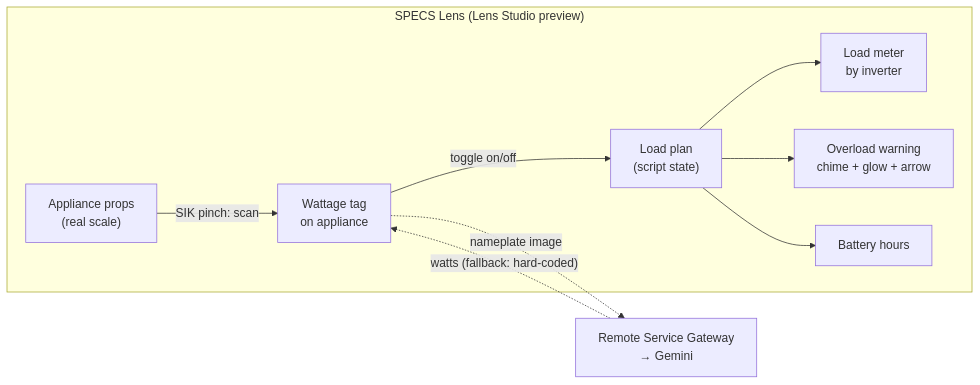
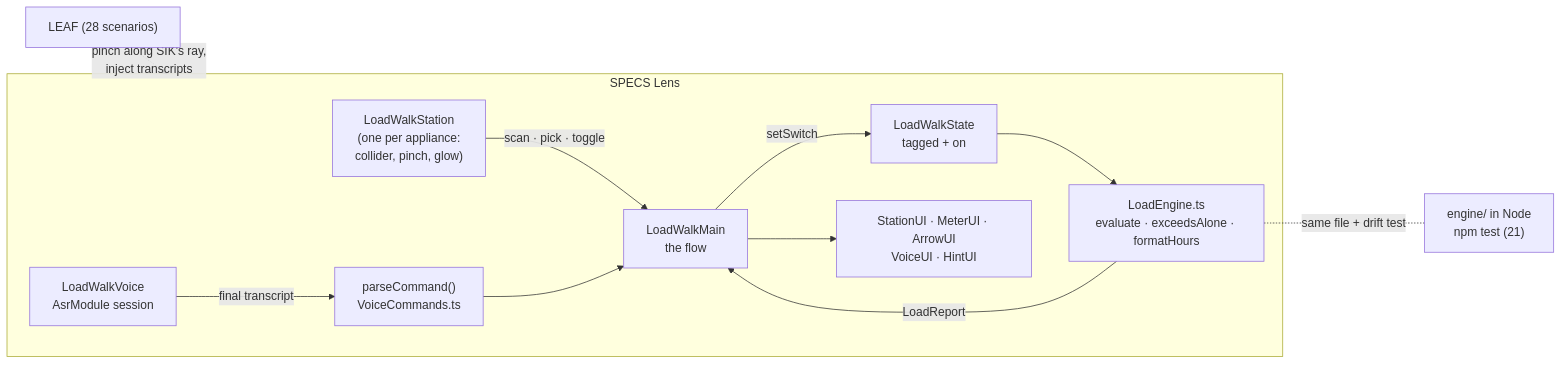
Before and after one commit to techbone/load-walk: the first of 2 diagrams in ARCHITECTURE.md, drawn with Mermaid. The commit also changed other lines of this file and 58 other files, not shown here.

````diff
--- a/ARCHITECTURE.md
+++ b/ARCHITECTURE.md
@@ -15,12 +11,13 @@
 ```mermaid
 flowchart LR
-  subgraph Lens["SPECS Lens (Lens Studio preview)"]
-    Room["Appliance props<br/>(real scale)"] -->|SIK pinch: scan| Tag["Wattage tag<br/>on appliance"]
-    Tag -->|toggle on/off| Plan["Load plan<br/>(script state)"]
-    Plan --> Meter["Load meter<br/>by inverter"]
-    Plan --> Warn["Overload warning<br/>chime + glow + arrow"]
-    Plan --> Hours["Battery hours"]
+  subgraph Lens["SPECS Lens"]
+    Station["LoadWalkStation<br/>(one per appliance:<br/>collider, pinch, glow)"] -->|scan · pick · toggle| Main
+    Voice["LoadWalkVoice<br/>AsrModule session"] -->|final transcript| Parse["parseCommand()<br/>VoiceCommands.ts"] --> Main
+    Main["LoadWalkMain<br/>the flow"] -->|setSwitch| State["LoadWalkState<br/>tagged + on"]
+    State --> Engine["LoadEngine.ts<br/>evaluate · exceedsAlone · formatHours"]
+    Engine -->|LoadReport| Main
+    Main --> Views["StationUI · MeterUI · ArrowUI<br/>VoiceUI · HintUI"]
   end
-  Tag -. "nameplate image" .-> RSG["Remote Service Gateway<br/>→ Gemini"]
-  RSG -. "watts (fallback: hard-coded)" .-> Tag
+  Engine -. "same file + drift test" .- Node["engine/ in Node<br/>npm test (21)"]
+  LEAF["LEAF (28 scenarios)"] -. "pinch along SIK's ray,<br/>inject transcripts" .-> Lens
 ```
````
